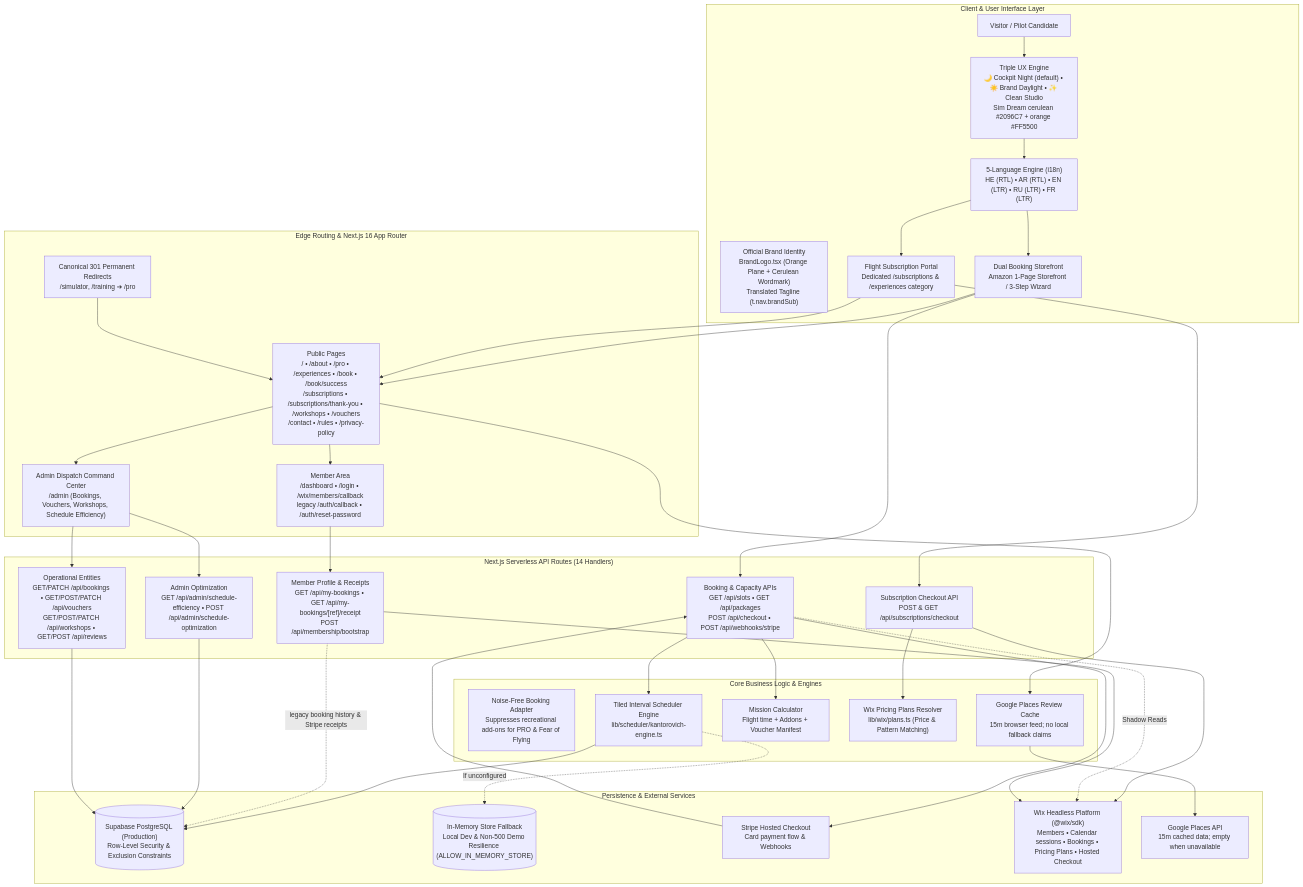
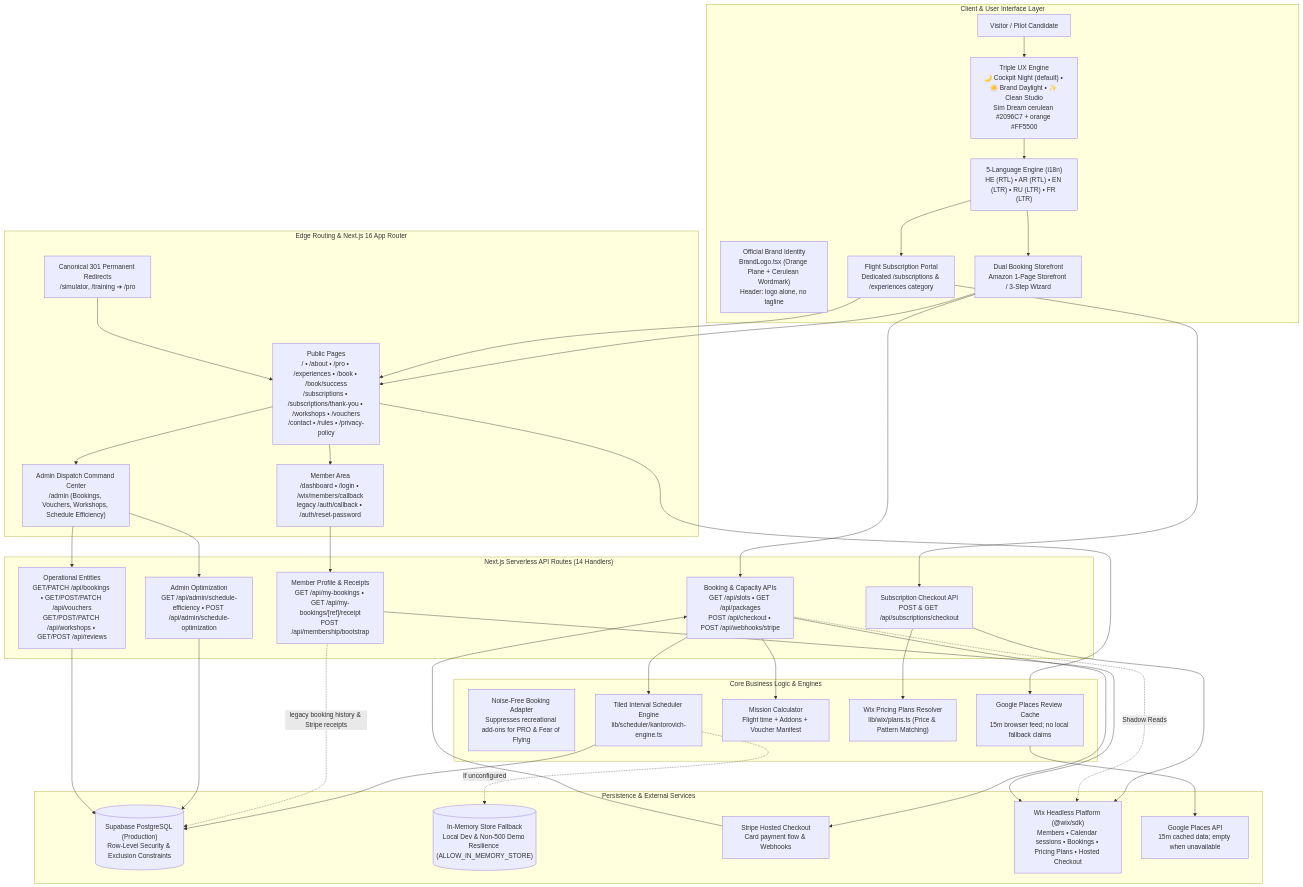
One commit to hatan4ik/simdream-website changed the first of 7 diagrams in ARCHITECTURE.md. Above: the diagram before and after it, drawn with Mermaid. The commit also changed 9 other files, not shown here.

````diff
--- a/ARCHITECTURE.md
+++ b/ARCHITECTURE.md
@@ -9,71 +9,71 @@
 ```mermaid
 flowchart TD
     subgraph ClientLayer["Client & User Interface Layer"]
         User["Visitor / Pilot Candidate"]
-        BrandLogoSystem["Official Brand Identity<br/>BrandLogo.tsx (Orange Plane + Cerulean Wordmark)<br/>Translated Tagline (t.nav.brandSub)"]
+        BrandLogoSystem["Official Brand Identity<br/>BrandLogo.tsx (Orange Plane + Cerulean Wordmark)<br/>Header: logo alone, no tagline"]
         ThemeEngine["Triple UX Engine<br/>🌙 Cockpit Night (default) • ☀️ Brand Daylight • ✨ Clean Studio<br/>Sim Dream cerulean #2096C7 + orange #FF5500"]
         I18nEngine["5-Language Engine (i18n)<br/>HE (RTL) • AR (RTL) • EN (LTR) • RU (LTR) • FR (LTR)"]
         StorefrontUI["Dual Booking Storefront<br/>Amazon 1-Page Storefront / 3-Step Wizard"]
         SubPortalUI["Flight Subscription Portal<br/>Dedicated /subscriptions & /experiences category"]
     end
 
     subgraph RoutingLayer["Edge Routing & Next.js 16 App Router"]
         CanonicalRedirects["Canonical 301 Permanent Redirects<br/>/simulator, /training ➔ /pro"]
         PublicPages["Public Pages<br/>/ • /about • /pro • /experiences • /book • /book/success<br/>/subscriptions • /subscriptions/thank-you • /workshops • /vouchers<br/>/contact • /rules • /privacy-policy"]
         MemberPages["Member Area<br/>/dashboard • /login • /wix/members/callback<br/>legacy /auth/callback • /auth/reset-password"]
         AdminPages["Admin Dispatch Command Center<br/>/admin (Bookings, Vouchers, Workshops, Schedule Efficiency)"]
     end
 
     subgraph BusinessLogic["Core Business Logic & Engines"]
         NoiseFreeAdapter["Noise-Free Booking Adapter<br/>Suppresses recreational add-ons for PRO & Fear of Flying"]
         KantorovichEngine["Tiled Interval Scheduler Engine<br/>lib/scheduler/kantorovich-engine.ts"]
         MissionCalc["Mission Calculator<br/>Flight time + Addons + Voucher Manifest"]
         WixPlansResolver["Wix Pricing Plans Resolver<br/>lib/wix/plans.ts (Price & Pattern Matching)"]
         ReviewsCache["Google Places Review Cache<br/>15m browser feed; no local fallback claims"]
     end
 
     subgraph APILayer["Next.js Serverless API Routes (14 Handlers)"]
         BookingAPIs["Booking & Capacity APIs<br/>GET /api/slots • GET /api/packages<br/>POST /api/checkout • POST /api/webhooks/stripe"]
         SubscriptionAPIs["Subscription Checkout API<br/>POST & GET /api/subscriptions/checkout"]
         MemberAPIs["Member Profile & Receipts<br/>GET /api/my-bookings • GET /api/my-bookings/[ref]/receipt<br/>POST /api/membership/bootstrap"]
         OperationsAPIs["Operational Entities<br/>GET/PATCH /api/bookings • GET/POST/PATCH /api/vouchers<br/>GET/POST/PATCH /api/workshops • GET/POST /api/reviews"]
         AdminAPIs["Admin Optimization<br/>GET /api/admin/schedule-efficiency • POST /api/admin/schedule-optimization"]
     end
 
     subgraph PersistenceLayer["Persistence & External Services"]
         SupabaseDB[("Supabase PostgreSQL (Production)<br/>Row-Level Security & Exclusion Constraints")]
         InMemoryFallback[("In-Memory Store Fallback<br/>Local Dev & Non-500 Demo Resilience (ALLOW_IN_MEMORY_STORE)")]
         StripeService["Stripe Hosted Checkout<br/>Card payment flow & Webhooks"]
         WixHeadless["Wix Headless Platform (@wix/sdk)<br/>Members • Calendar sessions • Bookings • Pricing Plans • Hosted Checkout"]
         GooglePlaces["Google Places API<br/>15m cached data; empty when unavailable"]
     end
 
     User --> ThemeEngine --> I18nEngine
     I18nEngine --> StorefrontUI
     I18nEngine --> SubPortalUI
 
     StorefrontUI --> PublicPages
     SubPortalUI --> PublicPages
     CanonicalRedirects --> PublicPages
     PublicPages --> MemberPages
     PublicPages --> AdminPages
 
     StorefrontUI --> BookingAPIs
     SubPortalUI --> SubscriptionAPIs
 
     BookingAPIs --> KantorovichEngine
     BookingAPIs --> MissionCalc
     SubscriptionAPIs --> WixPlansResolver
     PublicPages --> ReviewsCache --> GooglePlaces
 
     KantorovichEngine --> SupabaseDB
     KantorovichEngine -.->|If unconfigured| InMemoryFallback
     BookingAPIs --> StripeService
     StripeService --> BookingAPIs
     SubscriptionAPIs --> WixHeadless
     BookingAPIs -.->|Shadow Reads| WixHeadless
     MemberPages --> MemberAPIs --> WixHeadless
     MemberAPIs -.->|legacy booking history & Stripe receipts| SupabaseDB
     AdminPages --> AdminAPIs --> SupabaseDB
     AdminPages --> OperationsAPIs --> SupabaseDB
 ```
````
